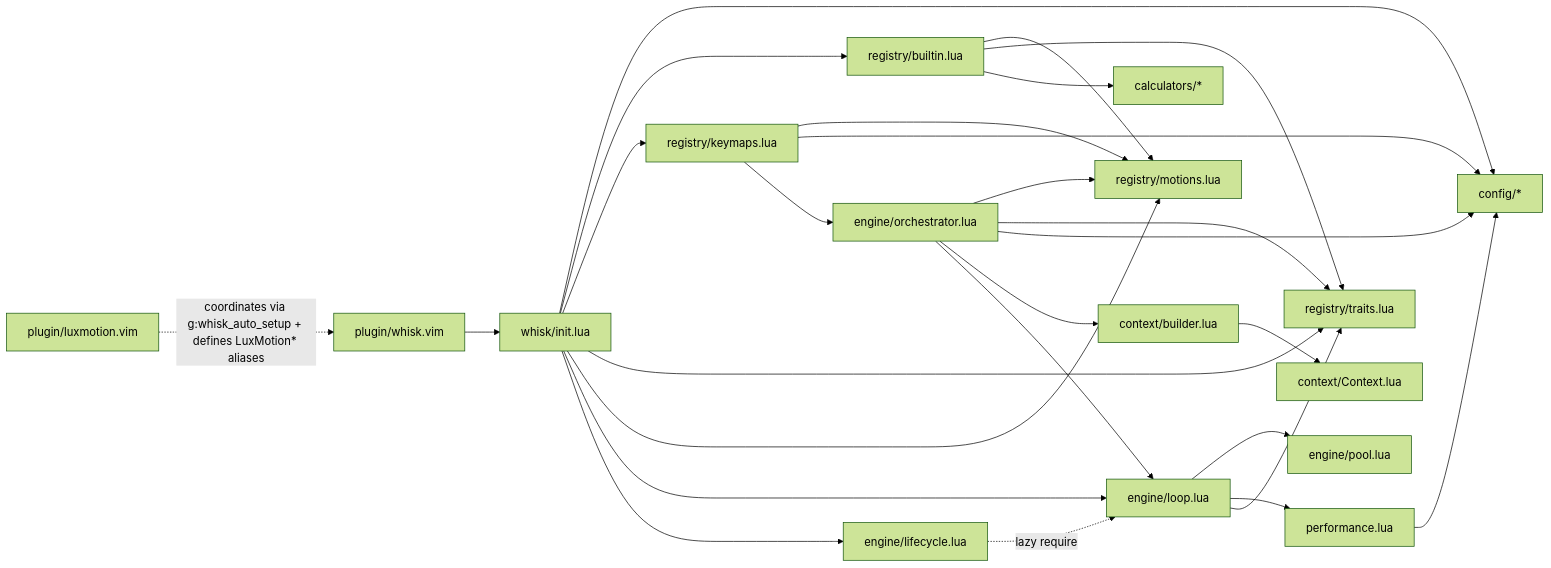
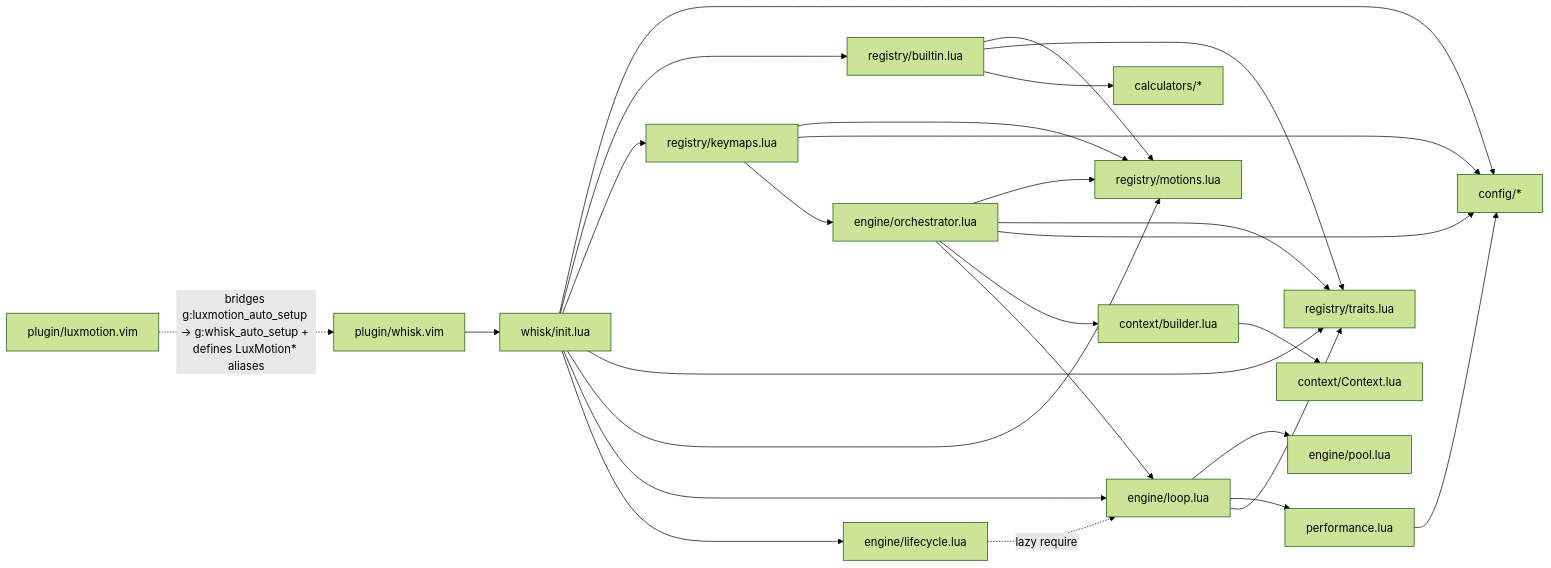
One commit to josstei/whisk.nvim changed the second of 2 diagrams in docs/ARCHITECTURE.md. Above: the diagram before and after it, drawn with Mermaid (forest theme). The commit also changed other lines of this file and 3 other files, not shown here.

````diff
--- a/docs/ARCHITECTURE.md
+++ b/docs/ARCHITECTURE.md
@@ -99,32 +99,32 @@
 ```mermaid
 flowchart LR
-  shim[plugin/luxmotion.vim] -.->|coordinates via g:whisk_auto_setup + defines LuxMotion* aliases| plugin[plugin/whisk.vim]
+  shim[plugin/luxmotion.vim] -.->|bridges g:luxmotion_auto_setup → g:whisk_auto_setup + defines LuxMotion* aliases| plugin[plugin/whisk.vim]
   plugin --> init[whisk/init.lua]
   init --> config[config/*]
   init --> builtin[registry/builtin.lua]
   init --> keymaps_reg[registry/keymaps.lua]
   init --> traits_reg[registry/traits.lua]
   init --> motions[registry/motions.lua]
   init --> loop[engine/loop.lua]
   init --> lifecycle[engine/lifecycle.lua]
 
   builtin --> motions
   builtin --> traits_reg
   builtin --> calcs[calculators/*]
 
   keymaps_reg --> motions
   keymaps_reg --> config
   keymaps_reg --> orch[engine/orchestrator.lua]
   orch --> motions
   orch --> traits_reg
   orch --> config
   orch --> builder[context/builder.lua]
   orch --> loop
 
   builder --> ctx[context/Context.lua]
   loop --> pool[engine/pool.lua]
   loop --> perf[performance.lua]
   loop --> traits_reg
   perf --> config
   lifecycle -.->|lazy require| loop
 ```
````
